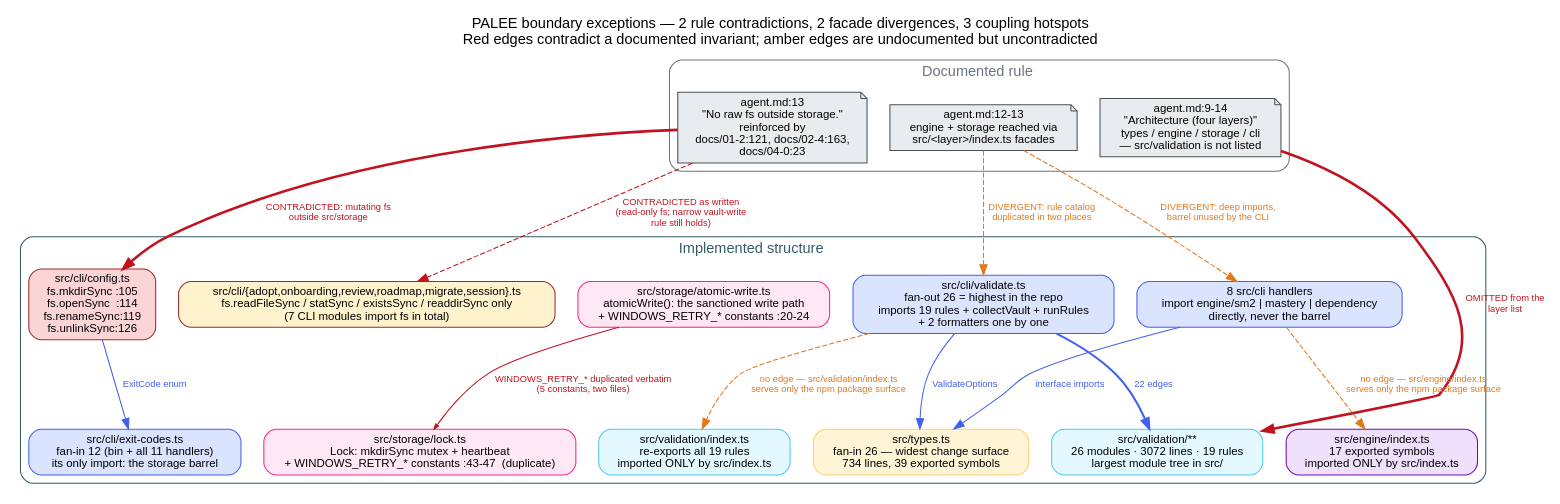
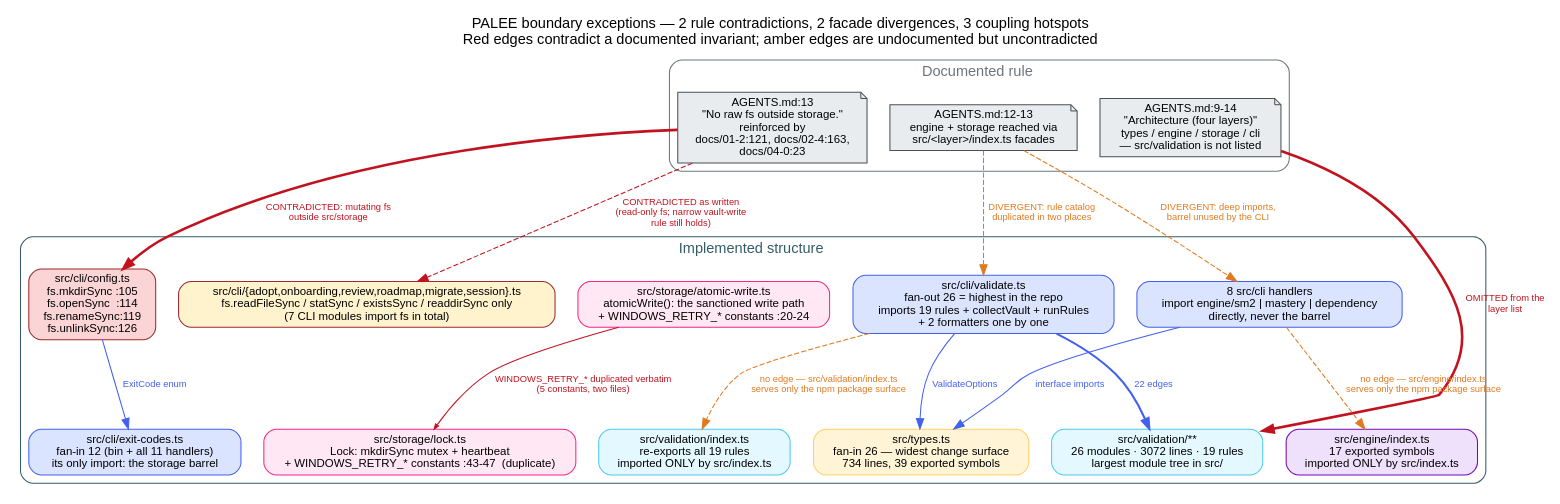
The diagram in architecture/boundary-exceptions.dot (Kuldeep2822k/cli), drawn with Graphviz before and after one commit. The commit also changed 28 other files, not shown here.

```diff
--- a/architecture/boundary-exceptions.dot
+++ b/architecture/boundary-exceptions.dot
@@ -1,60 +1,60 @@
 /*
  * PALEE — boundary exceptions and coupling hotspots
  *
  * Route: architecture-visualization -> dependency-impact-analyzer + graphviz.
  * Question answered: where does the implemented structure diverge from the
  * documented boundary, and what is the blast radius if a hotspot changes?
  *
  * Every edge here was read off the repo on 2026-09-22:
  *   import edges  -> architecture/_evidence/import-graph.json (node scripts/arch-import-graph.cjs)
  *   fs call sites -> grep of "fs.<call>" over src/cli and src/storage
  * Solid red = contradicts a documented rule. Dashed amber = undocumented but
  * not contradicted. Blue = coupling hotspot, no rule broken.
  */
 digraph BoundaryExceptions {
   graph [rankdir=TB, fontname="Helvetica", labelloc=t, nodesep=0.3, ranksep=0.9,
          label="PALEE boundary exceptions — 2 rule contradictions, 2 facade divergences, 3 coupling hotspots\nRed edges contradict a documented invariant; amber edges are undocumented but uncontradicted"];
   node  [shape=box, style="rounded,filled", fontname="Helvetica", fontsize=11, fillcolor="#f8f9fa", color="#495057"];
   edge  [fontname="Helvetica", fontsize=9];
 
   // ---------------------------------------------------------------- nodes
   subgraph cluster_docs {
     label="  Documented rule  "; style="rounded"; color="#6c757d"; fontcolor="#6c757d";
-    rule_fs      [label="agent.md:13\n\"No raw fs outside storage.\"\nreinforced by\ndocs/01-2:121, docs/02-4:163,\ndocs/04-0:23", shape=note, fillcolor="#e9ecef"];
-    rule_layers  [label="agent.md:9-14\n\"Architecture (four layers)\"\ntypes / engine / storage / cli\n— src/validation is not listed", shape=note, fillcolor="#e9ecef"];
-    rule_facade  [label="agent.md:12-13\nengine + storage reached via\nsrc/<layer>/index.ts facades", shape=note, fillcolor="#e9ecef"];
+    rule_fs      [label="AGENTS.md:13\n\"No raw fs outside storage.\"\nreinforced by\ndocs/01-2:121, docs/02-4:163,\ndocs/04-0:23", shape=note, fillcolor="#e9ecef"];
+    rule_layers  [label="AGENTS.md:9-14\n\"Architecture (four layers)\"\ntypes / engine / storage / cli\n— src/validation is not listed", shape=note, fillcolor="#e9ecef"];
+    rule_facade  [label="AGENTS.md:12-13\nengine + storage reached via\nsrc/<layer>/index.ts facades", shape=note, fillcolor="#e9ecef"];
   }
 
   subgraph cluster_impl {
     label="  Implemented structure  "; style="rounded"; color="#335c67"; fontcolor="#335c67";
     cli_config   [label="src/cli/config.ts\nfs.mkdirSync :105\nfs.openSync  :114\nfs.renameSync:119\nfs.unlinkSync:126", fillcolor="#fbd5d5", color="#9e2a2b"];
     cli_readers  [label="src/cli/{adopt,onboarding,review,roadmap,migrate,session}.ts\nfs.readFileSync / statSync / existsSync / readdirSync only\n(7 CLI modules import fs in total)", fillcolor="#fff3cd", color="#9e2a2b"];
     storage_aw   [label="src/storage/atomic-write.ts\natomicWrite(): the sanctioned write path\n+ WINDOWS_RETRY_* constants :20-24", fillcolor="#ffe8f3", color="#f72585"];
     storage_lock [label="src/storage/lock.ts\nLock: mkdirSync mutex + heartbeat\n+ WINDOWS_RETRY_* constants :43-47  (duplicate)", fillcolor="#ffe8f3", color="#f72585"];
     validation   [label="src/validation/**\n26 modules · 3072 lines · 19 rules\nlargest module tree in src/", fillcolor="#e3f8ff", color="#4cc9f0"];
     engine_index [label="src/engine/index.ts\n17 exported symbols\nimported ONLY by src/index.ts", fillcolor="#efe0fb", color="#7209b7"];
     valid_index  [label="src/validation/index.ts\nre-exports all 19 rules\nimported ONLY by src/index.ts", fillcolor="#e3f8ff", color="#4cc9f0"];
     cli_validate [label="src/cli/validate.ts\nfan-out 26 = highest in the repo\nimports 19 rules + collectVault + runRules\n+ 2 formatters one by one", fillcolor="#dbe4ff", color="#4361ee"];
     cli_handlers [label="8 src/cli handlers\nimport engine/sm2 | mastery | dependency\ndirectly, never the barrel", fillcolor="#dbe4ff", color="#4361ee"];
     types        [label="src/types.ts\nfan-in 26 — widest change surface\n734 lines, 39 exported symbols", fillcolor="#fff4d6", color="#ffd166"];
     exitcodes    [label="src/cli/exit-codes.ts\nfan-in 12 (bin + all 11 handlers)\nits only import: the storage barrel", fillcolor="#dbe4ff", color="#4361ee"];
   }
 
   // ------------------------------------------------- contradictions (red)
   rule_fs -> cli_config   [label="CONTRADICTED: mutating fs\noutside src/storage", color="#c1121f", fontcolor="#c1121f", penwidth=2.5];
   rule_fs -> cli_readers  [label="CONTRADICTED as written\n(read-only fs; narrow vault-write\nrule still holds)", color="#c1121f", fontcolor="#c1121f", style=dashed];
   rule_layers -> validation [label="OMITTED from the\nlayer list", color="#c1121f", fontcolor="#c1121f", penwidth=2.5];
 
   // -------------------------------------------- facade divergence (amber)
   rule_facade -> cli_handlers [label="DIVERGENT: deep imports,\nbarrel unused by the CLI", color="#e07a1f", fontcolor="#e07a1f", style=dashed];
   rule_facade -> cli_validate [label="DIVERGENT: rule catalog\nduplicated in two places", color="#e07a1f", fontcolor="#e07a1f", style=dashed];
   cli_validate -> valid_index [label="no edge — src/validation/index.ts\nserves only the npm package surface", color="#e07a1f", fontcolor="#e07a1f", style=dashed];
   cli_handlers -> engine_index [label="no edge — src/engine/index.ts\nserves only the npm package surface", color="#e07a1f", fontcolor="#e07a1f", style=dashed];
 
   // ------------------------------------------------- hotspots (blue)
   cli_handlers -> types      [label="interface imports", color="#4361ee", fontcolor="#4361ee"];
   cli_validate -> types      [label="ValidateOptions", color="#4361ee", fontcolor="#4361ee"];
   cli_validate -> validation [label="22 edges", color="#4361ee", fontcolor="#4361ee", penwidth=2];
   cli_config   -> exitcodes  [label="ExitCode enum", color="#4361ee", fontcolor="#4361ee"];
   storage_aw   -> storage_lock [label="WINDOWS_RETRY_* duplicated verbatim\n(5 constants, two files)", color="#c1121f", fontcolor="#c1121f", arrowsize=0.5];
 }
```
